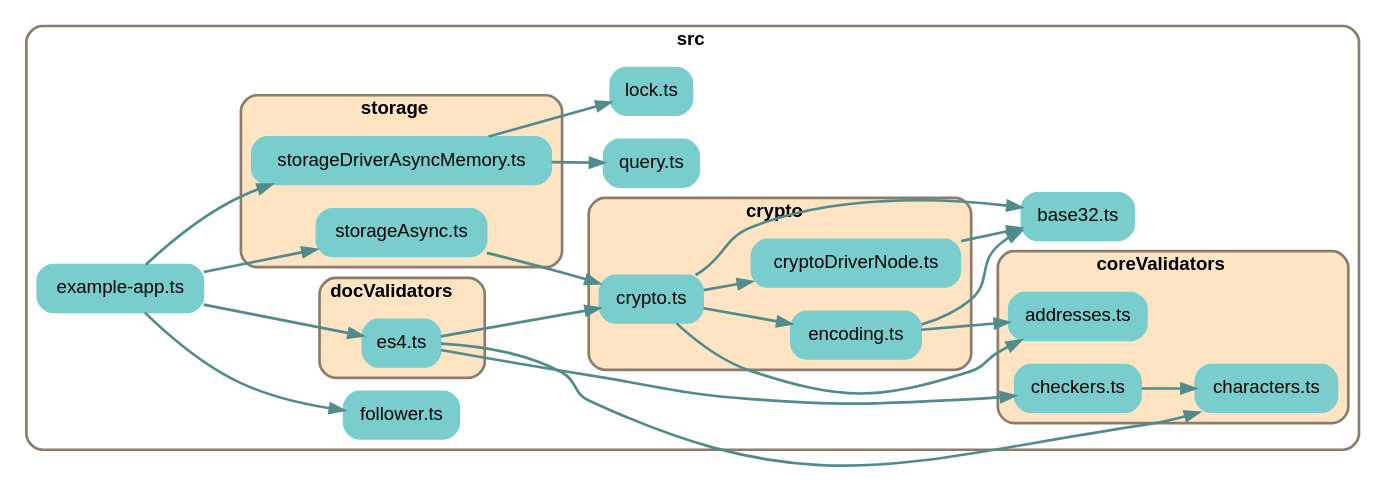
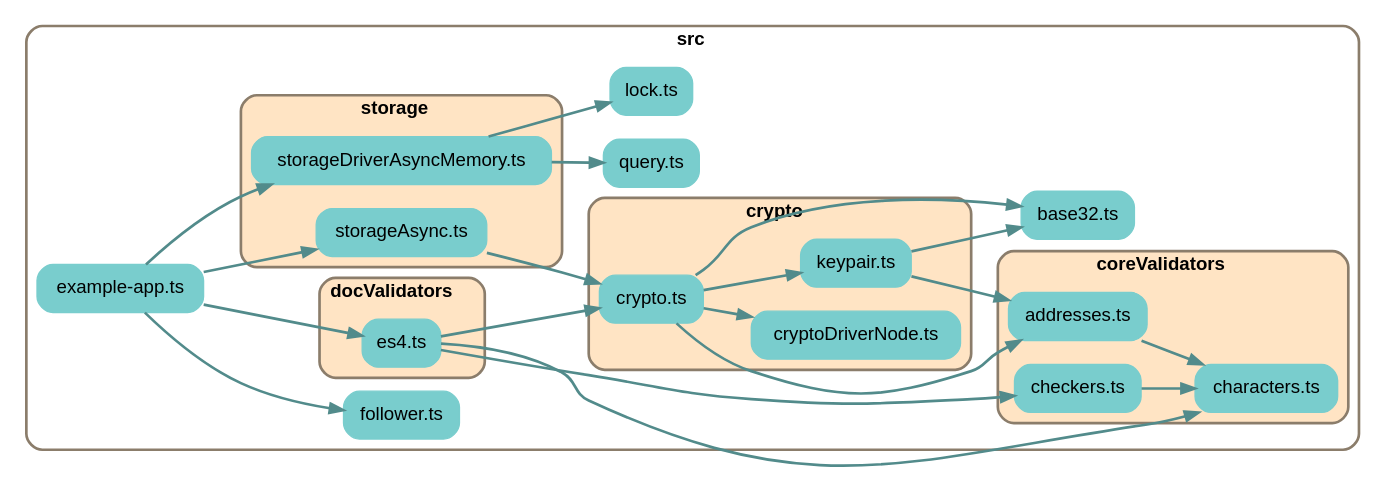
The diagram in depchart/depchart-notypes.dot (earthstar-project/earthstar), drawn with Graphviz before and after one commit. The commit also changed 9 other files, not shown here.

```diff
--- a/depchart/depchart-notypes.dot
+++ b/depchart/depchart-notypes.dot
@@ -1,93 +1,93 @@
 
 digraph G {
     //splines=line;
     //splines=polyline;
     splines=true;
     rankdir=LR;
     //newrank=true;
     compound=true;
     graph [fontname = "helvetica"];  // dpi=72
     node [fontname = "helvetica"];
     edge [fontname = "helvetica"];
     
     // files in their folder clusters
 
-    subgraph cluster8910818167 {
+    subgraph cluster1213819692 {
         label=<<b>src</b>>;
         style="rounded";
         color=bisque4;
         penwidth=2;
                     
         "src/base32.ts" [label="base32.ts", shape=rectangle; style="rounded,filled"; color=darkslategray3];
         "src/example-app.ts" [label="example-app.ts", shape=rectangle; style="rounded,filled"; color=darkslategray3];
         "src/follower.ts" [label="follower.ts", shape=rectangle; style="rounded,filled"; color=darkslategray3];
         "src/lock.ts" [label="lock.ts", shape=rectangle; style="rounded,filled"; color=darkslategray3];
         "src/query.ts" [label="query.ts", shape=rectangle; style="rounded,filled"; color=darkslategray3];
 
-        subgraph cluster2014048679 {
+        subgraph cluster6146050023 {
             label=<<b>coreValidators</b>>;
             style="rounded,filled";
             fillcolor=bisque;
             color=bisque4;
             penwidth=2;
                     
             "src/coreValidators/addresses.ts" [label="addresses.ts", shape=rectangle; style="rounded,filled"; color=darkslategray3];
             "src/coreValidators/characters.ts" [label="characters.ts", shape=rectangle; style="rounded,filled"; color=darkslategray3];
             "src/coreValidators/checkers.ts" [label="checkers.ts", shape=rectangle; style="rounded,filled"; color=darkslategray3];
         }
 
-        subgraph cluster6824281779 {
+        subgraph cluster9384834104 {
             label=<<b>crypto</b>>;
             style="rounded,filled";
             fillcolor=bisque;
             color=bisque4;
             penwidth=2;
                     
             "src/crypto/crypto.ts" [label="crypto.ts", shape=rectangle; style="rounded,filled"; color=darkslategray3];
             "src/crypto/cryptoDriverNode.ts" [label="cryptoDriverNode.ts", shape=rectangle; style="rounded,filled"; color=darkslategray3];
-            "src/crypto/encoding.ts" [label="encoding.ts", shape=rectangle; style="rounded,filled"; color=darkslategray3];
+            "src/crypto/keypair.ts" [label="keypair.ts", shape=rectangle; style="rounded,filled"; color=darkslategray3];
         }
 
-        subgraph cluster946117066 {
+        subgraph cluster7505569071 {
             label=<<b>docValidators</b>>;
             style="rounded,filled";
             fillcolor=bisque;
             color=bisque4;
             penwidth=2;
                     
             "src/docValidators/es4.ts" [label="es4.ts", shape=rectangle; style="rounded,filled"; color=darkslategray3];
         }
 
-        subgraph cluster2313110296 {
+        subgraph cluster1255015210 {
             label=<<b>storage</b>>;
             style="rounded,filled";
             fillcolor=bisque;
             color=bisque4;
             penwidth=2;
                     
             "src/storage/storageAsync.ts" [label="storageAsync.ts", shape=rectangle; style="rounded,filled"; color=darkslategray3];
             "src/storage/storageDriverAsyncMemory.ts" [label="storageDriverAsyncMemory.ts", shape=rectangle; style="rounded,filled"; color=darkslategray3];
         }
     }
 
     // edges between files
+    "src/coreValidators/addresses.ts" -> "src/coreValidators/characters.ts" [penwidth=2; color=darkslategray4];
     "src/coreValidators/checkers.ts" -> "src/coreValidators/characters.ts" [penwidth=2; color=darkslategray4];
     "src/crypto/crypto.ts" -> "src/crypto/cryptoDriverNode.ts" [penwidth=2; color=darkslategray4];
     "src/crypto/crypto.ts" -> "src/base32.ts" [penwidth=2; color=darkslategray4];
-    "src/crypto/crypto.ts" -> "src/crypto/encoding.ts" [penwidth=2; color=darkslategray4];
+    "src/crypto/crypto.ts" -> "src/crypto/keypair.ts" [penwidth=2; color=darkslategray4];
     "src/crypto/crypto.ts" -> "src/coreValidators/addresses.ts" [penwidth=2; color=darkslategray4];
-    "src/crypto/cryptoDriverNode.ts" -> "src/base32.ts" [penwidth=2; color=darkslategray4];
-    "src/crypto/encoding.ts" -> "src/base32.ts" [penwidth=2; color=darkslategray4];
-    "src/crypto/encoding.ts" -> "src/coreValidators/addresses.ts" [penwidth=2; color=darkslategray4];
+    "src/crypto/keypair.ts" -> "src/base32.ts" [penwidth=2; color=darkslategray4];
+    "src/crypto/keypair.ts" -> "src/coreValidators/addresses.ts" [penwidth=2; color=darkslategray4];
     "src/docValidators/es4.ts" -> "src/coreValidators/characters.ts" [penwidth=2; color=darkslategray4];
     "src/docValidators/es4.ts" -> "src/coreValidators/checkers.ts" [penwidth=2; color=darkslategray4];
     "src/docValidators/es4.ts" -> "src/crypto/crypto.ts" [penwidth=2; color=darkslategray4];
     "src/example-app.ts" -> "src/docValidators/es4.ts" [penwidth=2; color=darkslategray4];
     "src/example-app.ts" -> "src/storage/storageDriverAsyncMemory.ts" [penwidth=2; color=darkslategray4];
     "src/example-app.ts" -> "src/storage/storageAsync.ts" [penwidth=2; color=darkslategray4];
     "src/example-app.ts" -> "src/follower.ts" [penwidth=2; color=darkslategray4];
     "src/storage/storageAsync.ts" -> "src/crypto/crypto.ts" [penwidth=2; color=darkslategray4];
     "src/storage/storageDriverAsyncMemory.ts" -> "src/query.ts" [penwidth=2; color=darkslategray4];
     "src/storage/storageDriverAsyncMemory.ts" -> "src/lock.ts" [penwidth=2; color=darkslategray4];
 
 }
```
